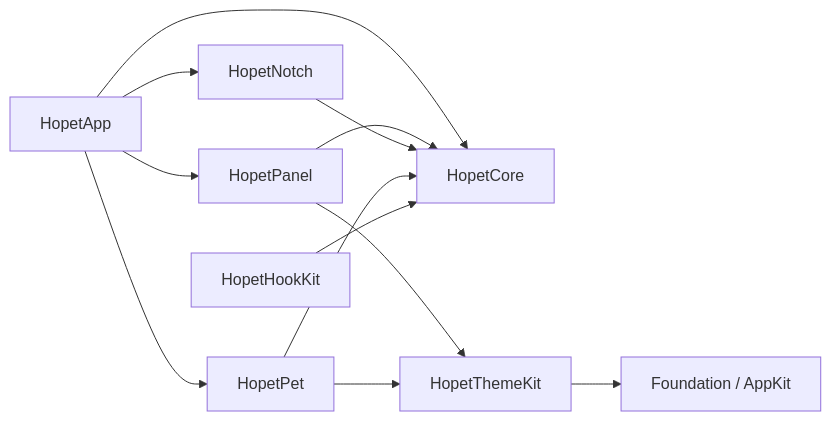
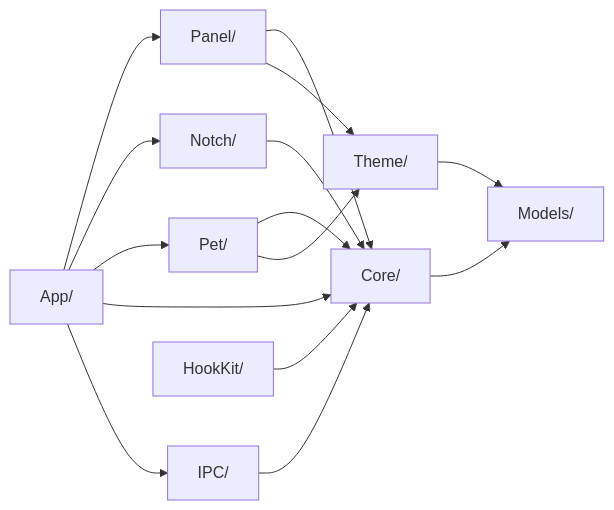
Before and after one commit to BinaryFroggy/Hopet: the second of 3 diagrams in devDocs/architecture.md, drawn with Mermaid. The commit also changed other lines of this file and 8 other files, not shown here.

````diff
--- a/devDocs/architecture.md
+++ b/devDocs/architecture.md
@@ -174,23 +171,27 @@
 ```mermaid
 flowchart LR
-    App["HopetApp"]
-    Panel["HopetPanel"]
-    Notch["HopetNotch"]
-    Pet["HopetPet"]
-    Core["HopetCore"]
-    Theme["HopetThemeKit"]
-    Hook["HopetHookKit"]
-    Foundation["Foundation / AppKit"]
+    App["App/"]
+    Panel["Panel/"]
+    Notch["Notch/"]
+    Pet["Pet/"]
+    Core["Core/"]
+    IPC["IPC/"]
+    Theme["Theme/"]
+    Hook["HookKit/"]
+    Models["Models/"]
 
     App --> Panel
     App --> Notch
     App --> Pet
     App --> Core
+    App --> IPC
     Panel --> Core
+    Panel --> Theme
     Notch --> Core
     Pet --> Core
-    Panel --> Theme
     Pet --> Theme
+    IPC --> Core
     Hook --> Core
-    Theme --> Foundation
+    Core --> Models
+    Theme --> Models
 ```
````
